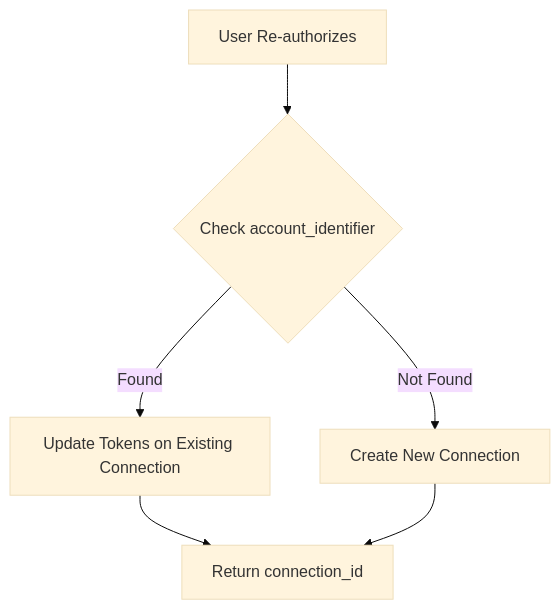
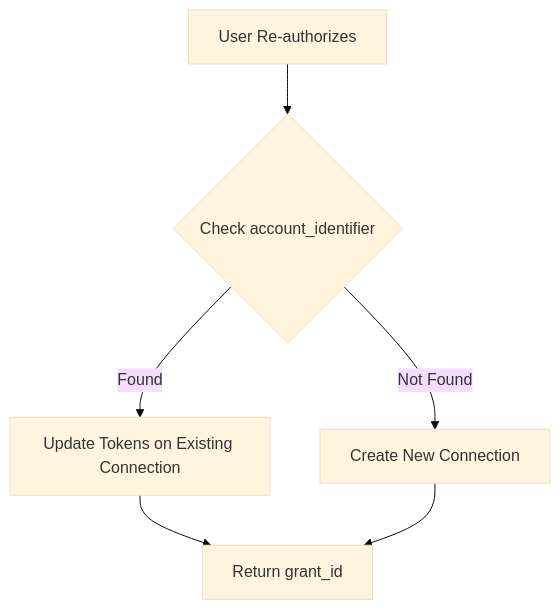
Before and after one commit to AlterAIDev/docs: the second of 2 diagrams in reference/architecture.mdx, drawn with Mermaid (base theme). The commit also changed other lines of this file and 122 other files, not shown here.

````diff
--- a/reference/architecture.mdx
+++ b/reference/architecture.mdx
@@ -105,9 +105,9 @@
 ```mermaid
 graph TD
     A[User Re-authorizes] --> B{Check account_identifier}
     B -->|Found| C[Update Tokens on Existing Connection]
     B -->|Not Found| D[Create New Connection]
 
-    C --> E[Return connection_id]
+    C --> E[Return grant_id]
     D --> E
 ```
````
